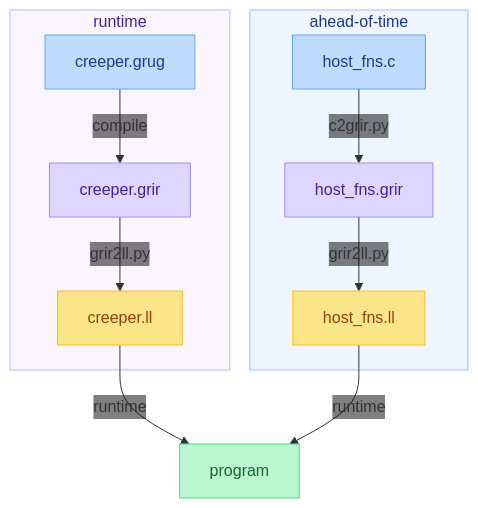
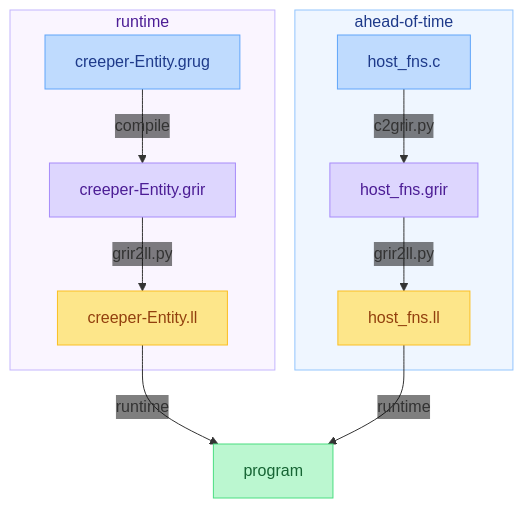
One commit to grug-lang/grug-ir changed the diagram in README.md. Above: the diagram before and after it, drawn with Mermaid.

Commit message:
docs: forgot that grug files have type in filename

````diff
--- a/README.md
+++ b/README.md
@@ -7,23 +7,23 @@
 ```mermaid
 %%{init: {'themeVariables': {'edgeLabelBackground': 'transparent'}}}%%
 graph TD
     classDef source fill:#bfdbfe,stroke:#60a5fa,color:#1e3a8a
     classDef grir   fill:#ddd6fe,stroke:#a78bfa,color:#4c1d95
     classDef llir   fill:#fde68a,stroke:#fbbf24,color:#92400e
     classDef binary fill:#bbf7d0,stroke:#4ade80,color:#166534
 
     subgraph rt[runtime]
-        H[creeper.grug]:::source -->|compile| I[creeper.grir]:::grir
-        I -->|grir2ll.py| J[creeper.ll]:::llir
+        H[creeper-Entity.grug]:::source -->|compile| I[creeper-Entity.grir]:::grir
+        I -->|grir2ll.py| J[creeper-Entity.ll]:::llir
     end
 
     subgraph aot[ahead-of-time]
         A[host_fns.c]:::source -->|c2grir.py| B[host_fns.grir]:::grir
         B -->|grir2ll.py| C[host_fns.ll]:::llir
     end
 
     J & C -->|runtime| G[program]:::binary
 
     style aot fill:#eff6ff,stroke:#93c5fd,color:#1e3a8a
     style rt  fill:#faf5ff,stroke:#c4b5fd,color:#4c1d95
 ```
````
